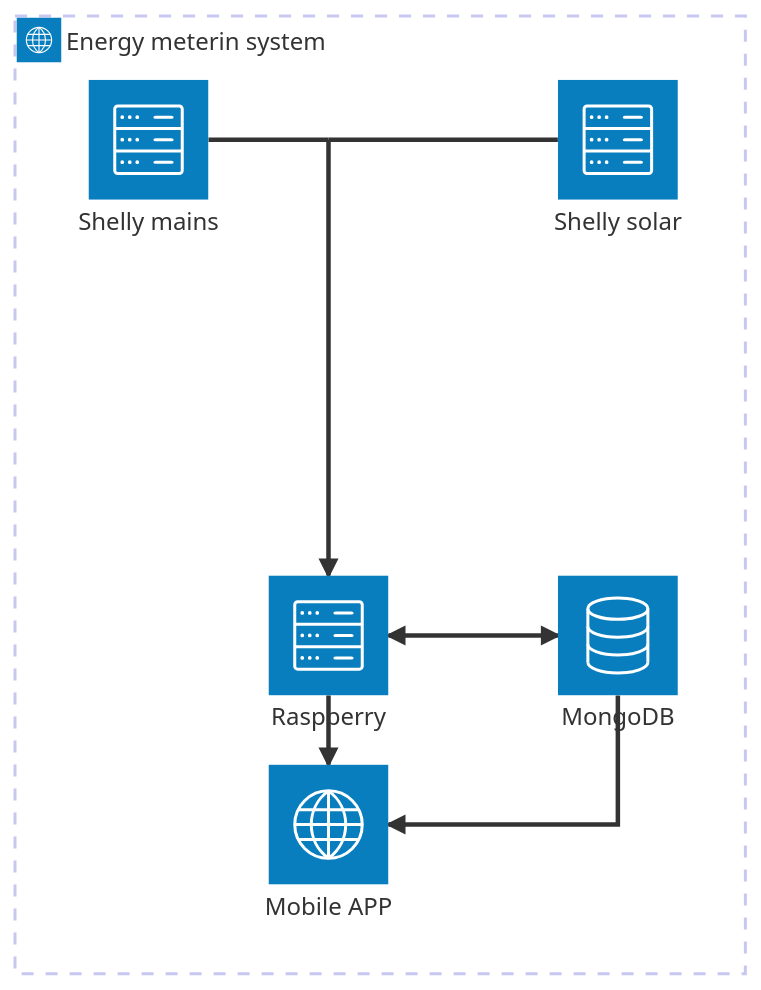
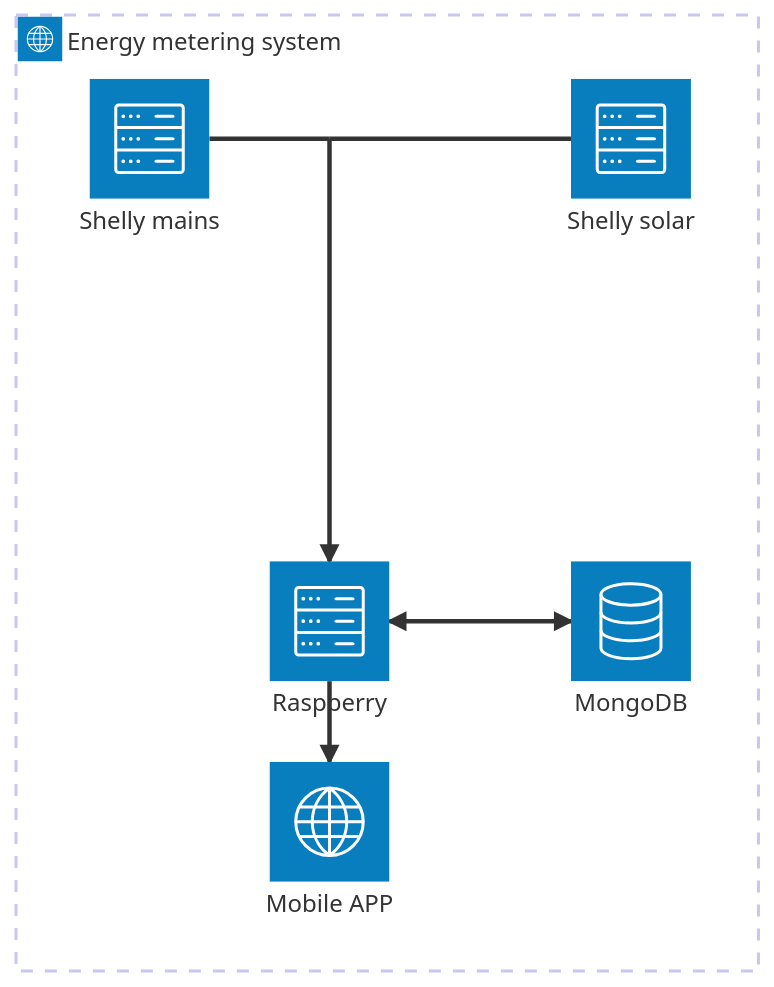
One commit to thimanen/energy_meter changed the diagram in README.md. Above: the diagram before and after it, drawn with Mermaid.

Commit message:
graph update on readme

````diff
--- a/README.md
+++ b/README.md
@@ -12,19 +12,19 @@
 ```mermaid
 architecture-beta
-  group energy_meter_system(internet)[Energy meterin system]
+  group energy_meter_system(internet)[Energy metering system]
     service shelly_mains(server)[Shelly mains] in energy_meter_system
     service shelly_solar(server)[Shelly solar] in energy_meter_system
     service raspberry(server)[Raspberry] in energy_meter_system
     service database(database)[MongoDB] in energy_meter_system
     service application(internet)[Mobile APP] in energy_meter_system
     junction junctionShelly
 
     shelly_mains:R -- L:junctionShelly
     shelly_solar:L -- R:junctionShelly
     junctionShelly:B --> T:raspberry
     database:L <--> R:raspberry
     raspberry:B --> T:application
-    application:R <-- B:database
+    
 
 
 ```
````
